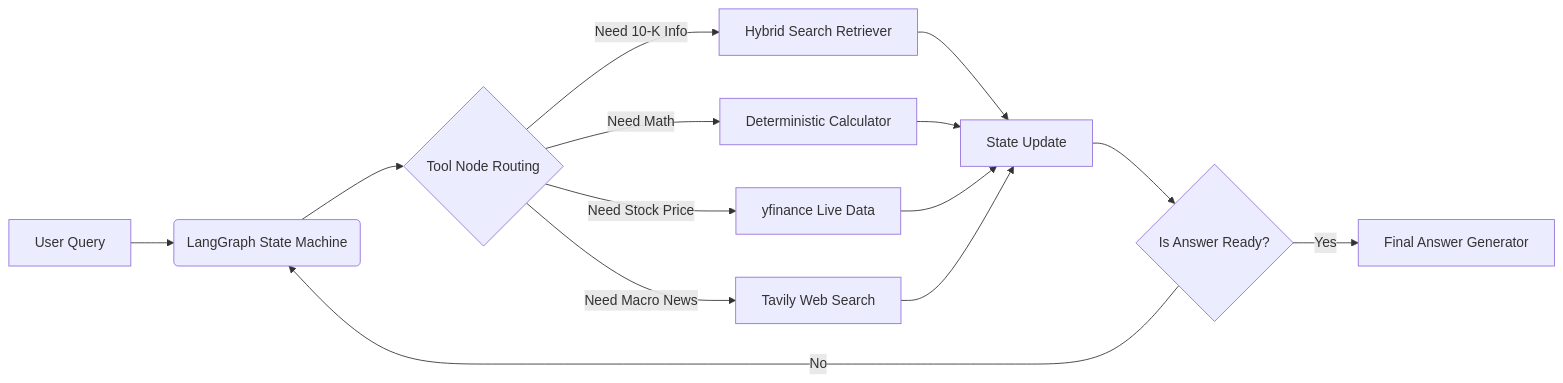
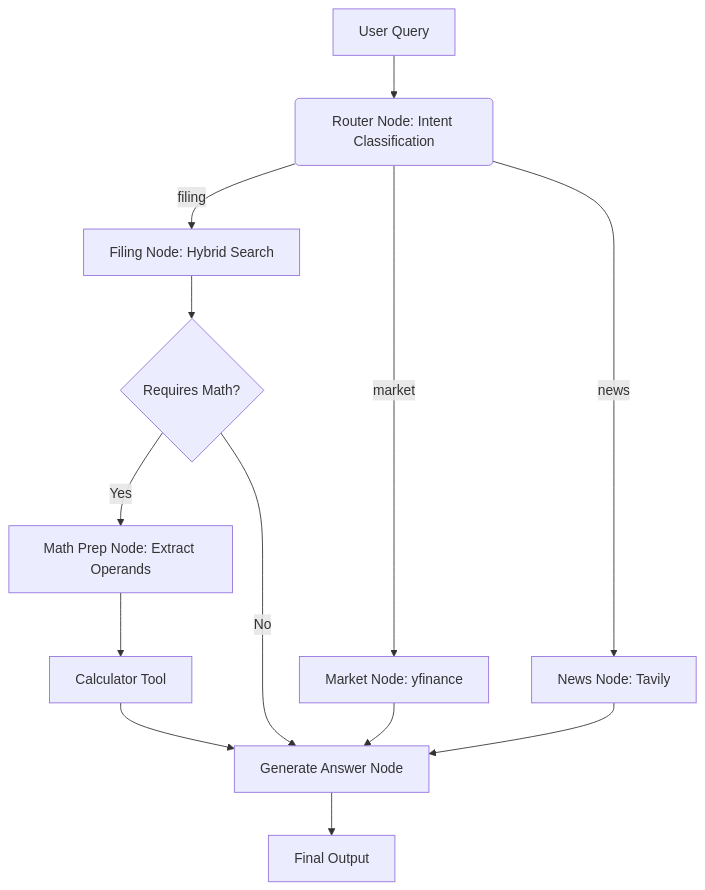
One commit to denis7-jean/Financial-Analyst-Agent-RAG-LangGraph changed the diagram in README.md. Above: the diagram before and after it, drawn with Mermaid. The commit also changed other lines of this file and 2 other files, not shown here.

Commit message:
feat: upgrade to explicit routing architecture, implement hard math constraints, update Dockerfile for production, and finalize README

````diff
--- a/README.md
+++ b/README.md
@@ -44,14 +48,14 @@
 ```mermaid
-graph LR
-    A[User Query] --> B(LangGraph State Machine)
-    B --> C{Tool Node Routing}
-    C -- "Need 10-K Info" --> D[Hybrid Search Retriever]
-    C -- "Need Math" --> E[Deterministic Calculator]
-    C -- "Need Stock Price" --> F[yfinance Live Data]
-    C -- "Need Macro News" --> G[Tavily Web Search]
-    D & E & F & G --> H[State Update]
-    H --> I{Is Answer Ready?}
-    I -- No --> B
-    I -- Yes --> J[Final Answer Generator]
+graph TD
+    A[User Query] --> B(Router Node: Intent Classification)
+    B -- "filing" --> C[Filing Node: Hybrid Search]
+    B -- "market" --> D[Market Node: yfinance]
+    B -- "news" --> E[News Node: Tavily]
+    C --> F{Requires Math?}
+    F -- "Yes" --> G[Math Prep Node: Extract Operands]
+    G --> H[Calculator Tool]
+    F -- "No" --> I
+    D & E & H --> I[Generate Answer Node]
+    I --> J[Final Output]
 
 ```
````
